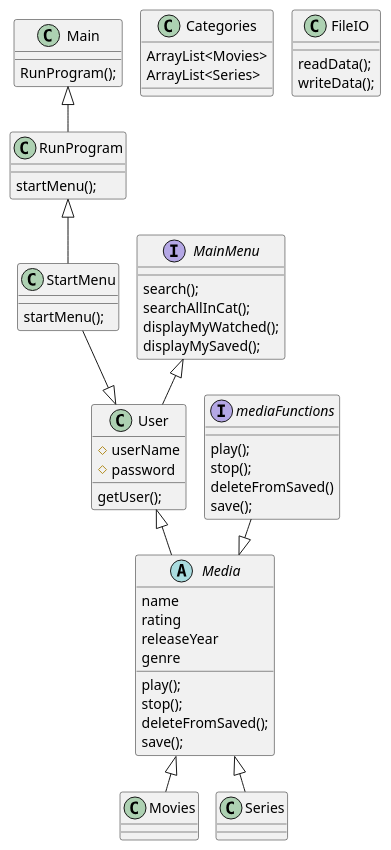
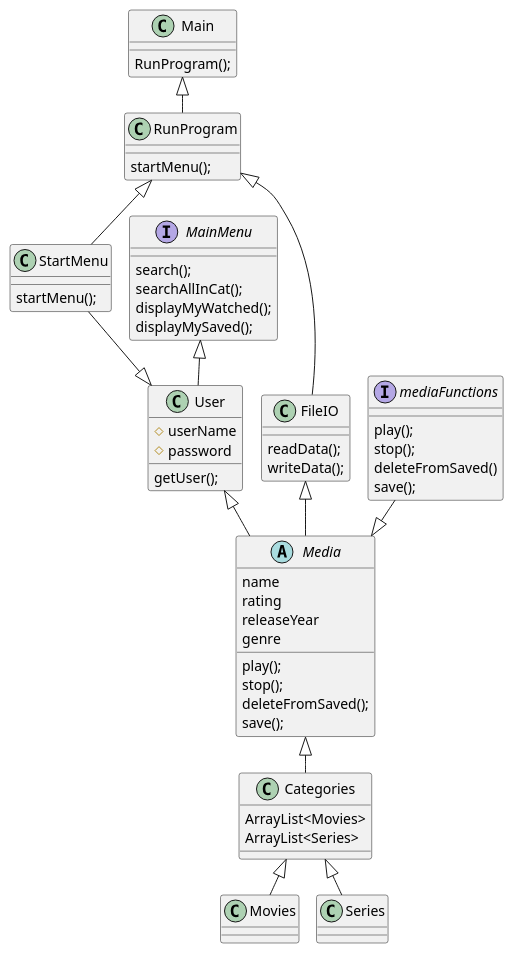
Before and after one commit to SitthichaiPhuanphimai/SP3: the diagram in src/SP3.puml, drawn with PlantUML. The commit also changed 1 other file, not shown here.

```diff
--- a/src/SP3.puml
+++ b/src/SP3.puml
@@ -1,67 +1,70 @@
 @startuml
 'https://plantuml.com/class-diagram
 !pragma layout smetana
 
 Main <|-- RunProgram
 Main : RunProgram();
 
 RunProgram <|--StartMenu
 RunProgram : startMenu();
 
 
 StartMenu : startMenu();
 
 StartMenu --|> User
 MainMenu<|-- User
 User <|-- Media
 
 User : getUser();
 User : #userName
 User : #password
 
 interface mediaFunctions
 abstract class Media
 Class Movies
 Class Series
 Class Categories
 
 Media : name
 Media : rating
 Media : releaseYear
 Media : genre
 Media : play();
 Media : stop();
 Media : deleteFromSaved();
 Media : save();
 
 Categories : ArrayList<Movies>
 Categories : ArrayList<Series>
 
-Media <|--Movies
-Media <|--Series
+Categories <|--Movies
+Categories <|--Series
 
 mediaFunctions : play();
 mediaFunctions : stop();
 mediaFunctions : deleteFromSaved()
 mediaFunctions : save();
 
 
 
 
 mediaFunctions --|> Media
 
 interface MainMenu
 MainMenu : search();
 MainMenu : searchAllInCat();
 MainMenu : displayMyWatched();
 MainMenu : displayMySaved();
 
 
 
 FileIO : readData();
 FileIO : writeData();
 
+RunProgram <|-- FileIO
+Media <|--Categories
+FileIO <|-- Media
 
 
 
 @enduml
```
